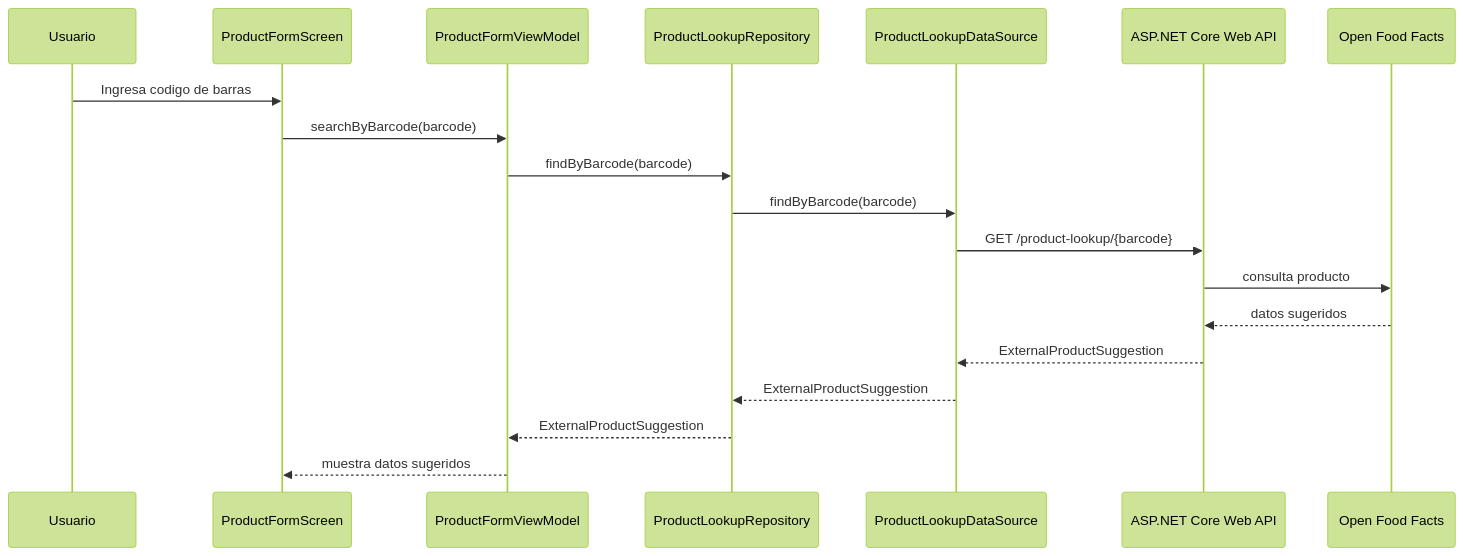
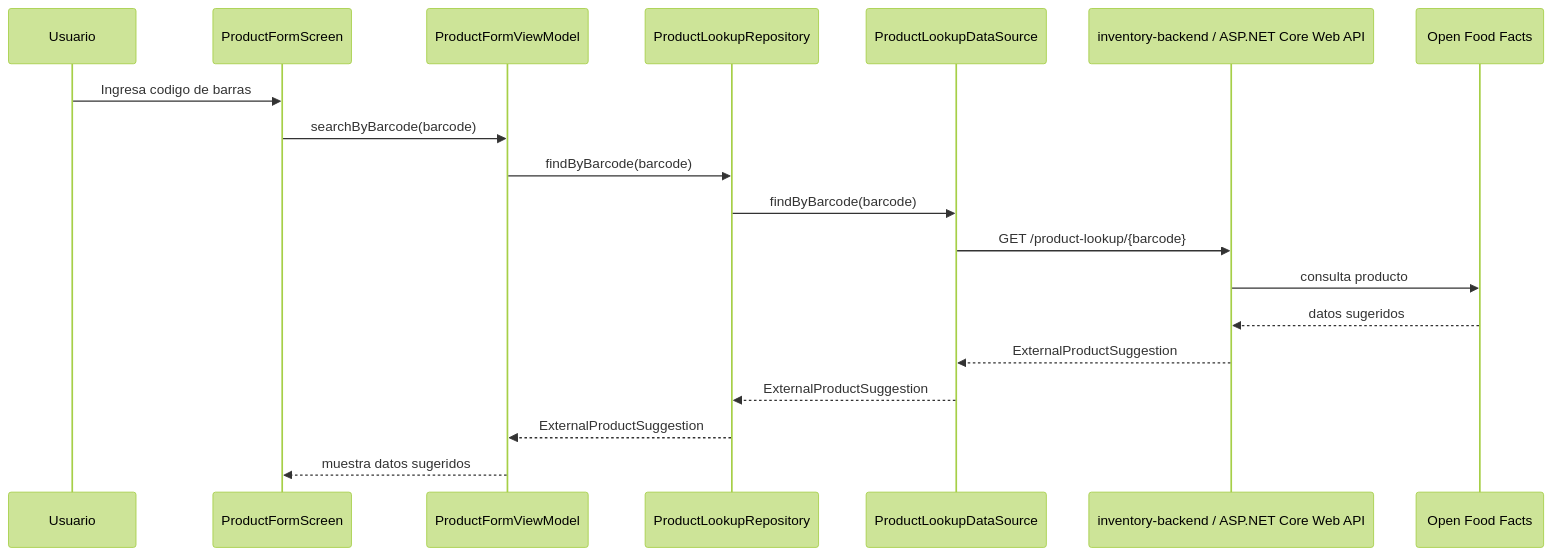
One commit to DevTeam-DAKFC/inventory-mobile-project changed the fourth of 8 diagrams in docs/architecture/system-architecture.md. Above: the diagram before and after it, drawn with Mermaid (forest theme). The commit also changed other lines of this file and 1 other file, not shown here.

Commit message:
docs(architecture): align system docs with backend repository split

````diff
--- a/docs/architecture/system-architecture.md
+++ b/docs/architecture/system-architecture.md
@@ -428,22 +428,22 @@
 ```mermaid
 sequenceDiagram
     participant U as Usuario
     participant UI as ProductFormScreen
     participant VM as ProductFormViewModel
     participant R as ProductLookupRepository
     participant DS as ProductLookupDataSource
-    participant API as ASP.NET Core Web API
+    participant API as inventory-backend / ASP.NET Core Web API
     participant EXT as Open Food Facts
 
     U->>UI: Ingresa codigo de barras
     UI->>VM: searchByBarcode(barcode)
     VM->>R: findByBarcode(barcode)
     R->>DS: findByBarcode(barcode)
     DS->>API: GET /product-lookup/{barcode}
     API->>EXT: consulta producto
     EXT-->>API: datos sugeridos
     API-->>DS: ExternalProductSuggestion
     DS-->>R: ExternalProductSuggestion
     R-->>VM: ExternalProductSuggestion
     VM-->>UI: muestra datos sugeridos
 ```
````
